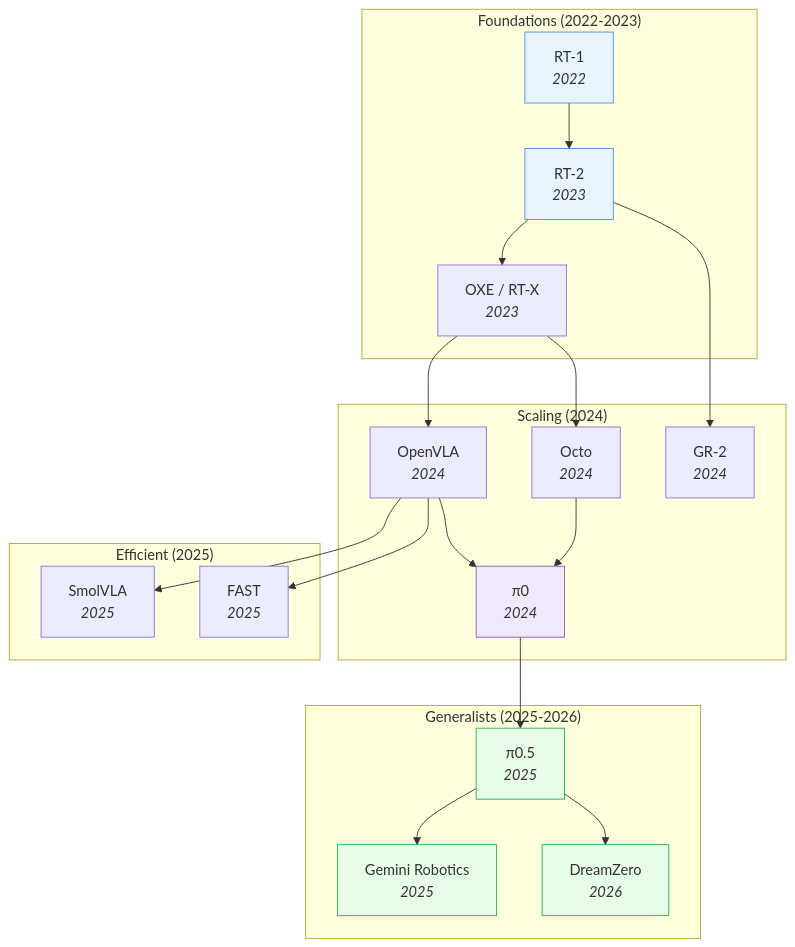
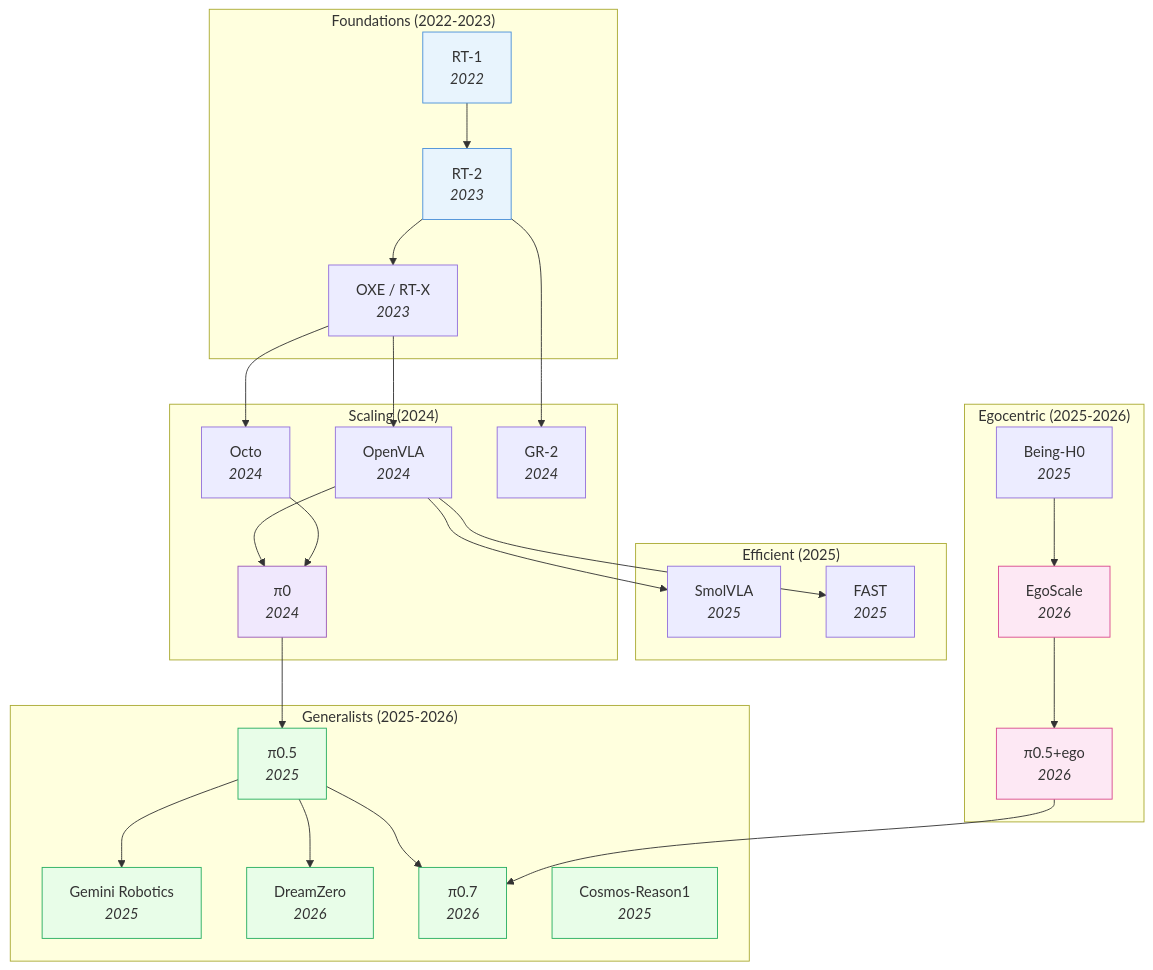
One commit to ChuaHanChong/ResearchBrain changed the diagram in Embodied-AI/03_VLA.md. Above: the diagram before and after it, drawn with Mermaid. The commit also changed other lines of this file and 125 other files, not shown here.

````diff
--- a/Embodied-AI/03_VLA.md
+++ b/Embodied-AI/03_VLA.md
@@ -22,44 +22,60 @@
 ```mermaid
 graph TD
     subgraph "Foundations (2022-2023)"
         A["RT-1<br/><i>2022</i>"]
         B["RT-2<br/><i>2023</i>"]
         C["OXE / RT-X<br/><i>2023</i>"]
     end
 
     subgraph "Scaling (2024)"
         D["OpenVLA<br/><i>2024</i>"]
         E["Octo<br/><i>2024</i>"]
         F["GR-2<br/><i>2024</i>"]
         G["π0<br/><i>2024</i>"]
     end
 
     subgraph "Generalists (2025-2026)"
         H["π0.5<br/><i>2025</i>"]
         I["Gemini Robotics<br/><i>2025</i>"]
         J["DreamZero<br/><i>2026</i>"]
+        M["π0.7<br/><i>2026</i>"]
+        N["Cosmos-Reason1<br/><i>2025</i>"]
     end
 
     subgraph "Efficient (2025)"
         K["SmolVLA<br/><i>2025</i>"]
         L["FAST<br/><i>2025</i>"]
+    end
+
+    subgraph "Egocentric (2025-2026)"
+        O["Being-H0<br/><i>2025</i>"]
+        P["EgoScale<br/><i>2026</i>"]
+        Q["π0.5+ego<br/><i>2026</i>"]
     end
 
     A --> B --> C --> D
     C --> E
     B --> F
     G --> H
     D --> G
     E --> G
     H --> I
     H --> J
+    H --> M
     D --> K
     D --> L
+    O --> P
+    P --> Q
+    Q --> M
 
     style A fill:#e8f4fd,stroke:#4a90d9
     style B fill:#e8f4fd,stroke:#4a90d9
     style G fill:#f0e8fd,stroke:#9b59b6
     style H fill:#e8fde8,stroke:#27ae60
     style J fill:#e8fde8,stroke:#27ae60
     style I fill:#e8fde8,stroke:#27ae60
+    style M fill:#e8fde8,stroke:#27ae60
+    style N fill:#e8fde8,stroke:#27ae60
+    style P fill:#fde8f4,stroke:#d94a90
+    style Q fill:#fde8f4,stroke:#d94a90
 ```
````
